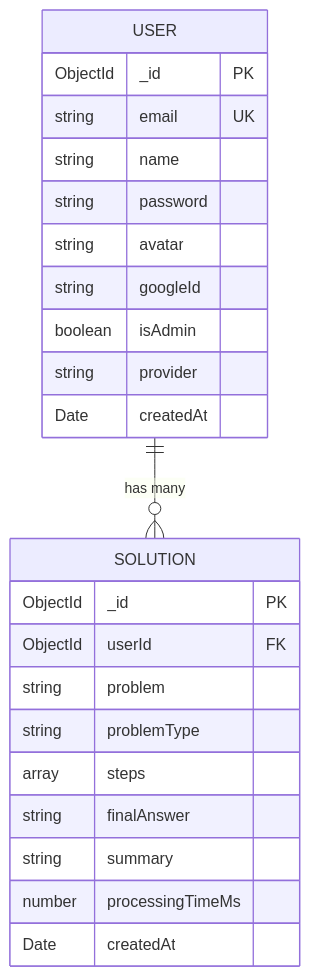
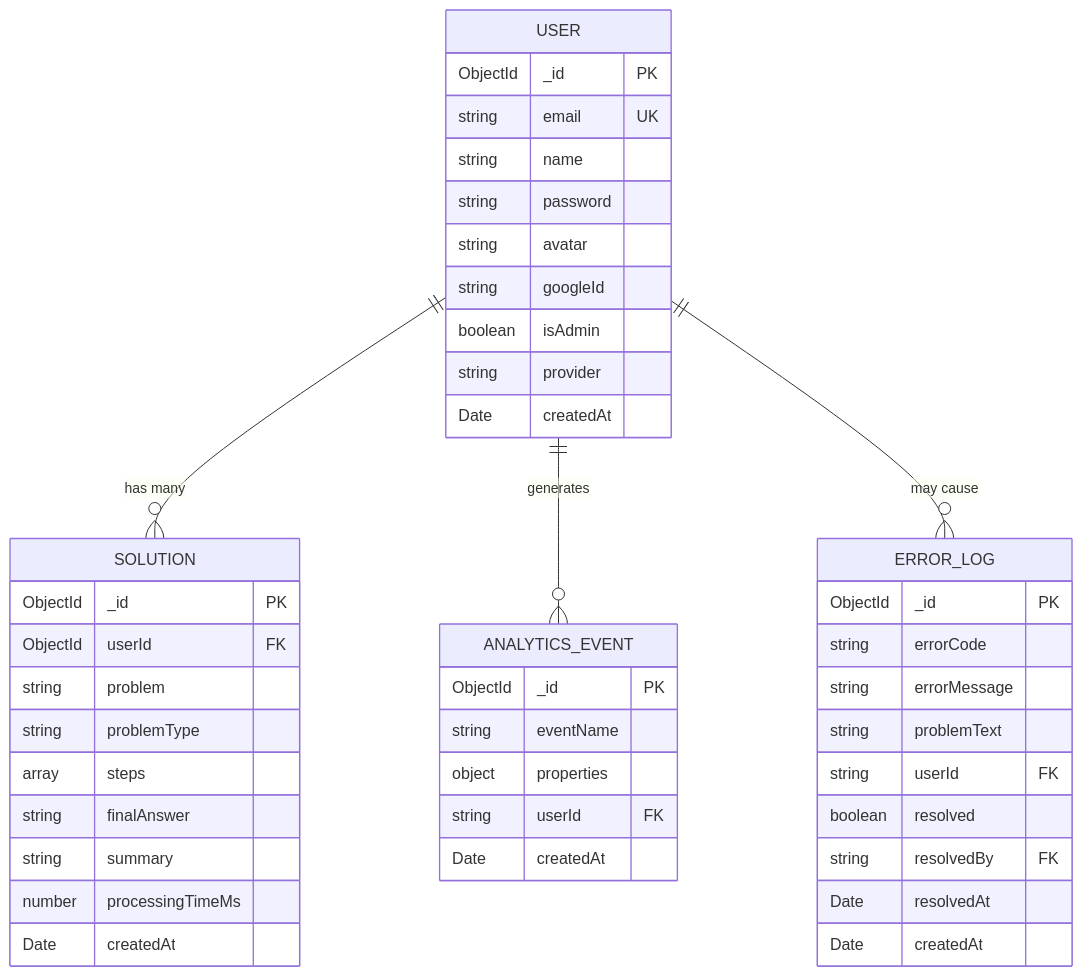
One commit to AbhishekBalija/MathGPT changed the sixth of 8 diagrams in docs/architecture.md. Above: the diagram before and after it, drawn with Mermaid. The commit also changed other lines of this file and 28 other files, not shown here.

Commit message:
feat: Implement a comprehensive admin dashboard with error logging, user management, and analytics.

````diff
--- a/docs/architecture.md
+++ b/docs/architecture.md
@@ -263,28 +303,50 @@
 ```mermaid
 erDiagram
     USER {
         ObjectId _id PK
         string email UK
         string name
         string password
         string avatar
         string googleId
         boolean isAdmin
         string provider
         Date createdAt
     }
 
     SOLUTION {
         ObjectId _id PK
         ObjectId userId FK
         string problem
         string problemType
         array steps
         string finalAnswer
         string summary
         number processingTimeMs
         Date createdAt
     }
 
+    ANALYTICS_EVENT {
+        ObjectId _id PK
+        string eventName
+        object properties
+        string userId FK
+        Date createdAt
+    }
+
+    ERROR_LOG {
+        ObjectId _id PK
+        string errorCode
+        string errorMessage
+        string problemText
+        string userId FK
+        boolean resolved
+        string resolvedBy FK
+        Date resolvedAt
+        Date createdAt
+    }
+
     USER ||--o{ SOLUTION : "has many"
+    USER ||--o{ ANALYTICS_EVENT : "generates"
+    USER ||--o{ ERROR_LOG : "may cause"
 ```
````
